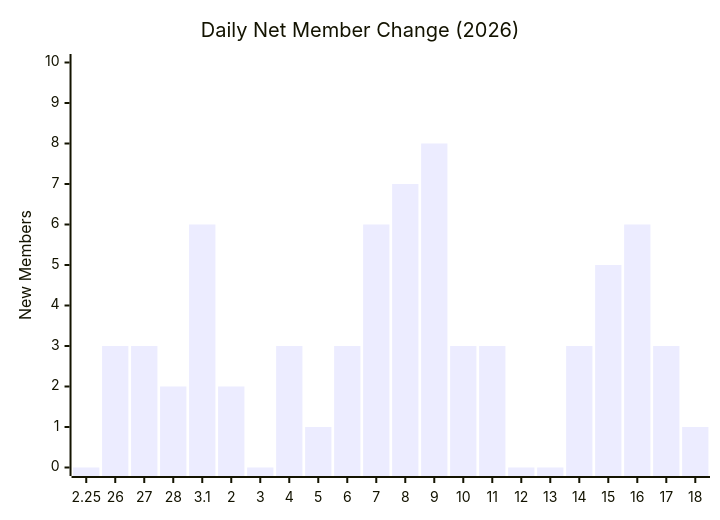
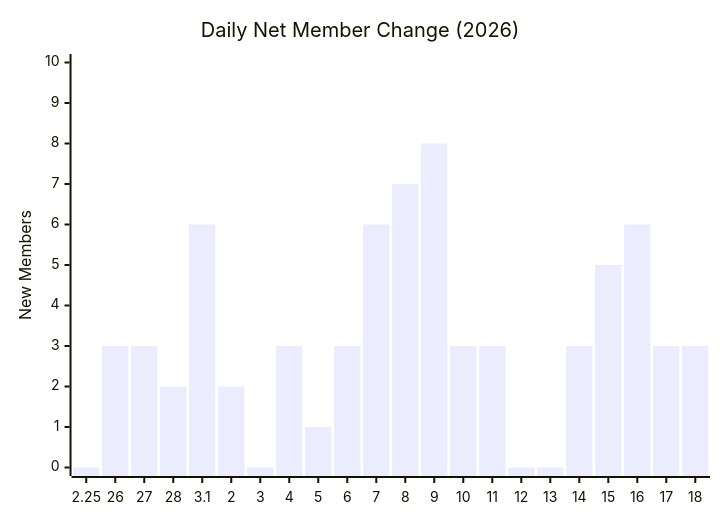
One commit to MattSherwood/March-web changed the third of 3 diagrams in exports/charts/daily-cumulative-member-tally-2026.md. Above: the diagram before and after it, drawn with Mermaid. The commit also changed other lines of this file and 4 other files, not shown here.

````diff
--- a/exports/charts/daily-cumulative-member-tally-2026.md
+++ b/exports/charts/daily-cumulative-member-tally-2026.md
@@ -25,7 +25,7 @@
 ```mermaid
 xychart-beta
     title "Daily Net Member Change (2026)"
     x-axis ["2.25", "26", "27", "28", "3.1", "2", "3", "4", "5", "6", "7", "8", "9", "10", "11", "12", "13", "14", "15", "16", "17", "18"]
     y-axis "New Members" 0 --> 10
-    bar [0, 3, 3, 2, 6, 2, 0, 3, 1, 3, 6, 7, 8, 3, 3, 0, 0, 3, 5, 6, 3, 1]
+    bar [0, 3, 3, 2, 6, 2, 0, 3, 1, 3, 6, 7, 8, 3, 3, 0, 0, 3, 5, 6, 3, 3]
 ```
````
